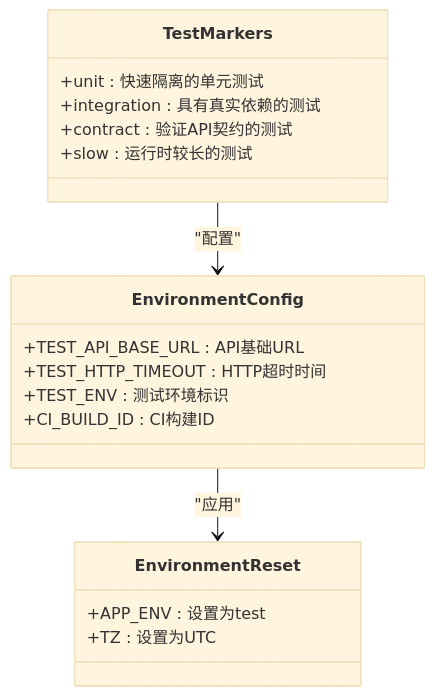
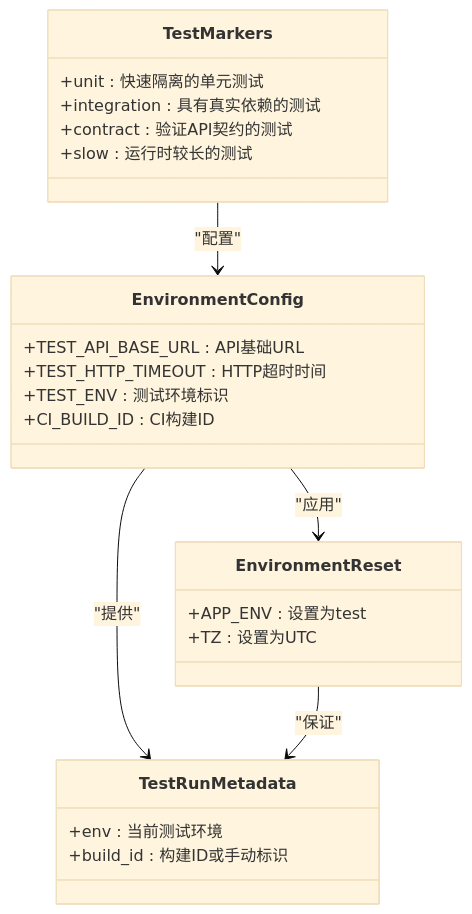
The third of 8 diagrams in .qoder/repowiki/zh/content/Altas Workflow Core/pytest测试模式参考.md (AngelWings1997/altas), drawn with Mermaid (base theme) before and after one commit. The commit also changed other lines of this file and 8 other files, not shown here.

````diff
--- a/.qoder/repowiki/zh/content/Altas Workflow Core/pytest测试模式参考.md
+++ b/.qoder/repowiki/zh/content/Altas Workflow Core/pytest测试模式参考.md
@@ -156,21 +200,27 @@
 ```mermaid
 classDiagram
 class TestMarkers {
 +unit : 快速隔离的单元测试
 +integration : 具有真实依赖的测试
 +contract : 验证API契约的测试
 +slow : 运行时较长的测试
 }
 class EnvironmentConfig {
 +TEST_API_BASE_URL : API基础URL
 +TEST_HTTP_TIMEOUT : HTTP超时时间
 +TEST_ENV : 测试环境标识
 +CI_BUILD_ID : CI构建ID
 }
 class EnvironmentReset {
 +APP_ENV : 设置为test
 +TZ : 设置为UTC
 }
+class TestRunMetadata {
++env : 当前测试环境
++build_id : 构建ID或手动标识
+}
 TestMarkers --> EnvironmentConfig : "配置"
 EnvironmentConfig --> EnvironmentReset : "应用"
+EnvironmentConfig --> TestRunMetadata : "提供"
+EnvironmentReset --> TestRunMetadata : "保证"
 ```
````
